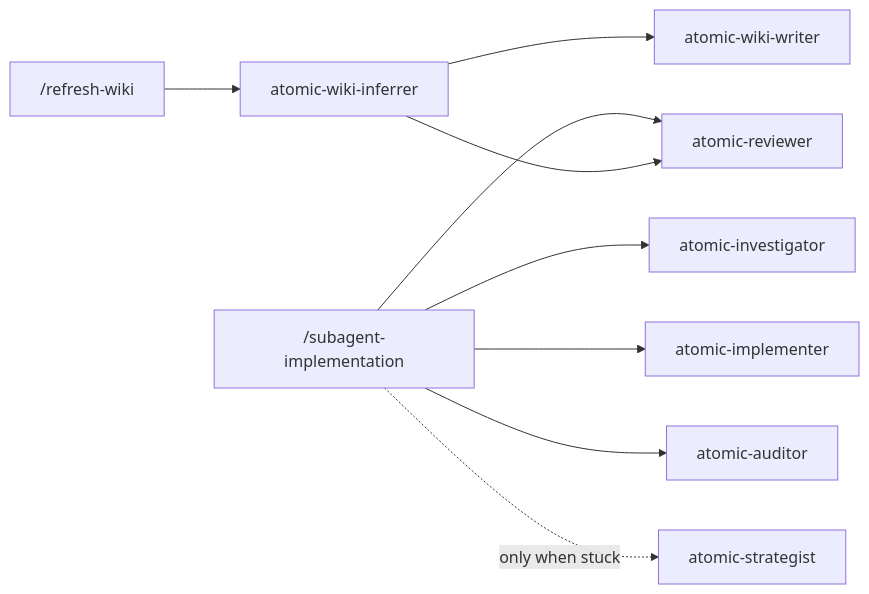
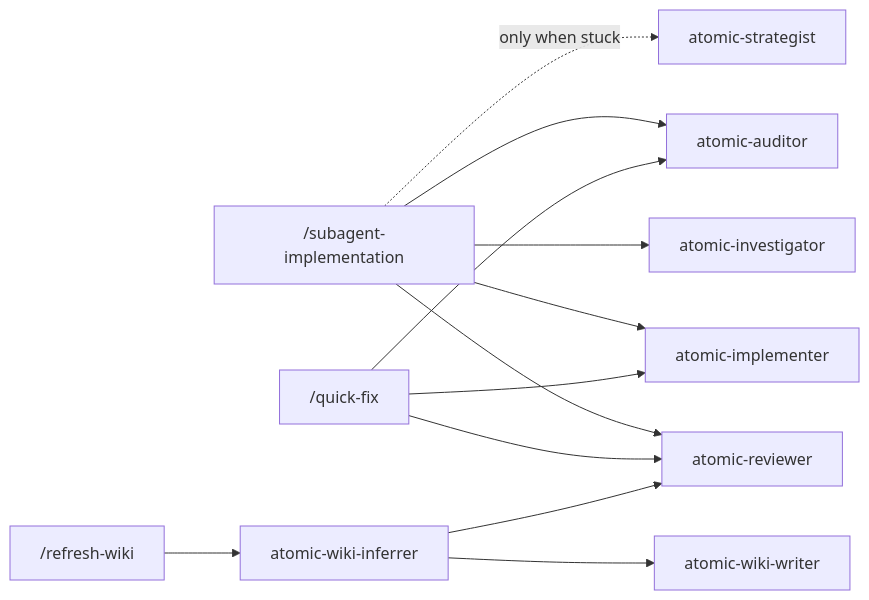
One commit to damusix/atomic-claude changed the diagram in docs/reference/agents.md. Above: the diagram before and after it, drawn with Mermaid. The commit also changed other lines of this file and 7 other files, not shown here.

First line of the commit message:
feat: /quick-fix ends with the auditor

````diff
--- a/docs/reference/agents.md
+++ b/docs/reference/agents.md
@@ -10,13 +10,16 @@
 ```mermaid
 flowchart LR
     accTitle: Agent dispatch topology
-    accDescr: /subagent-implementation dispatches the investigator, implementer, reviewer, and auditor, and the strategist only when stuck. /refresh-wiki dispatches the wiki-inferrer, which dispatches the wiki-writer and the reviewer.
+    accDescr: /subagent-implementation dispatches the investigator, implementer, reviewer, and auditor, and the strategist only when stuck. /quick-fix runs the same implementer, reviewer, and auditor without a spec. /refresh-wiki dispatches the wiki-inferrer, which dispatches the wiki-writer and the reviewer.
     SI["/subagent-implementation"] --> INV["atomic-investigator"]
     SI --> IMP["atomic-implementer"]
     SI --> REV["atomic-reviewer"]
     SI --> AUD["atomic-auditor"]
     SI -.->|only when stuck| STR["atomic-strategist"]
+    QF["/quick-fix"] --> IMP
+    QF --> REV
+    QF --> AUD
     RW["/refresh-wiki"] --> WI["atomic-wiki-inferrer"]
     WI --> WW["atomic-wiki-writer"]
     WI --> REV
 ```
````
